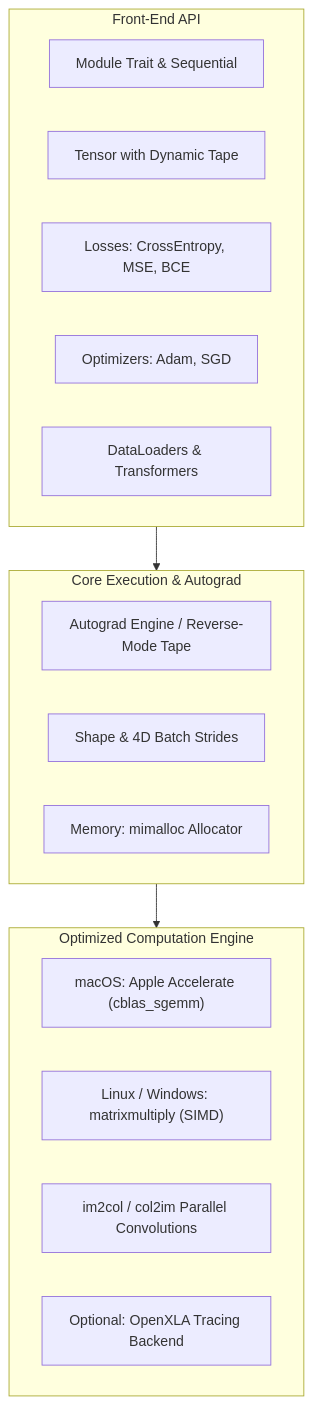
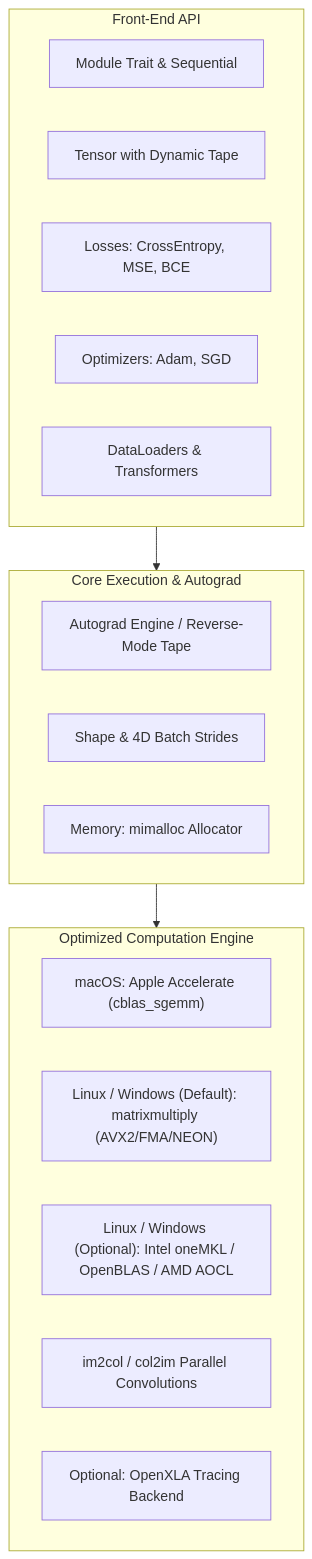
One commit to TETRAWasTaken/NeuralFlow changed the diagram in README.md. Above: the diagram before and after it, drawn with Mermaid. The commit also changed other lines of this file and 4 other files, not shown here.

````diff
--- a/README.md
+++ b/README.md
@@ -290,26 +290,27 @@
 ```mermaid
 graph TD
     subgraph Frontend ["Front-End API"]
         M[Module Trait & Sequential]
         T[Tensor with Dynamic Tape]
         L[Losses: CrossEntropy, MSE, BCE]
         O[Optimizers: Adam, SGD]
         D[DataLoaders & Transformers]
     end
 
     subgraph Core ["Core Execution & Autograd"]
         AG[Autograd Engine / Reverse-Mode Tape]
         SH[Shape & 4D Batch Strides]
         MM[Memory: mimalloc Allocator]
     end
 
     subgraph Backend ["Optimized Computation Engine"]
         ACC["macOS: Apple Accelerate (cblas_sgemm)"]
-        MMX["Linux / Windows: matrixmultiply (SIMD)"]
+        MMX["Linux / Windows (Default): matrixmultiply (AVX2/FMA/NEON)"]
+        VBLAS["Linux / Windows (Optional): Intel oneMKL / OpenBLAS / AMD AOCL"]
         I2C["im2col / col2im Parallel Convolutions"]
         XLA["Optional: OpenXLA Tracing Backend"]
     end
 
     Frontend --> Core
     Core --> Backend
 ```
````
